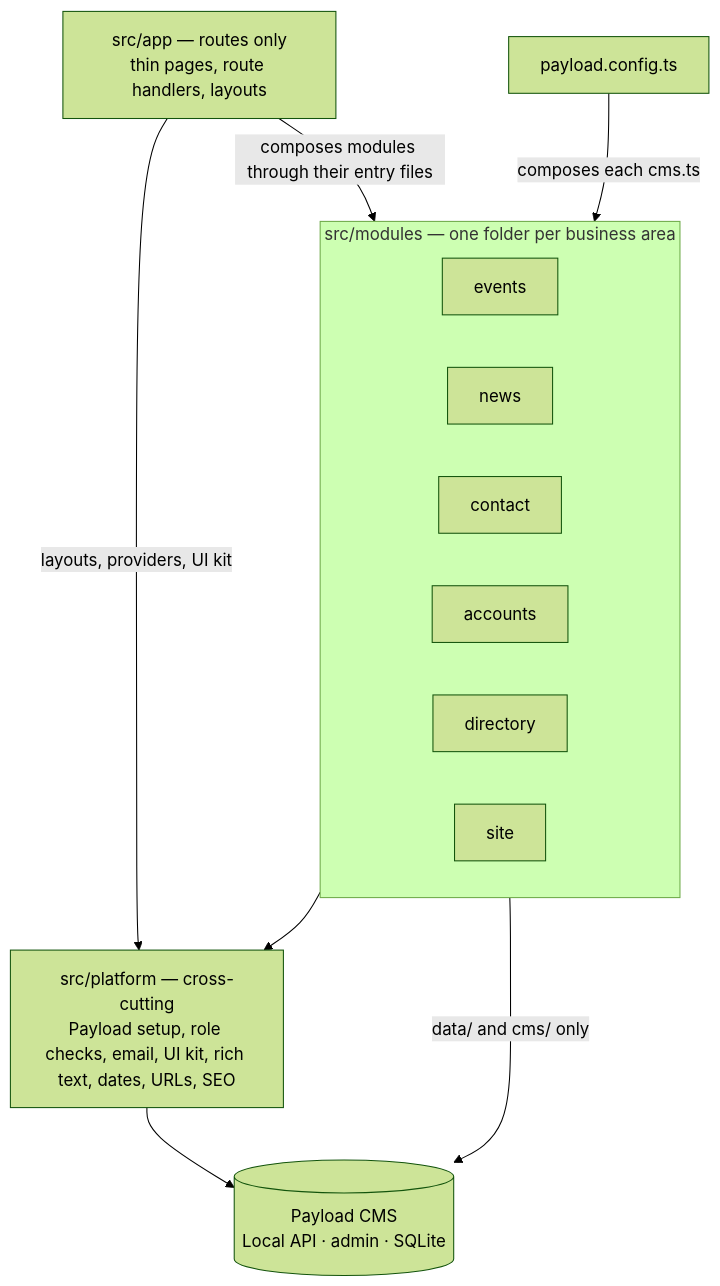
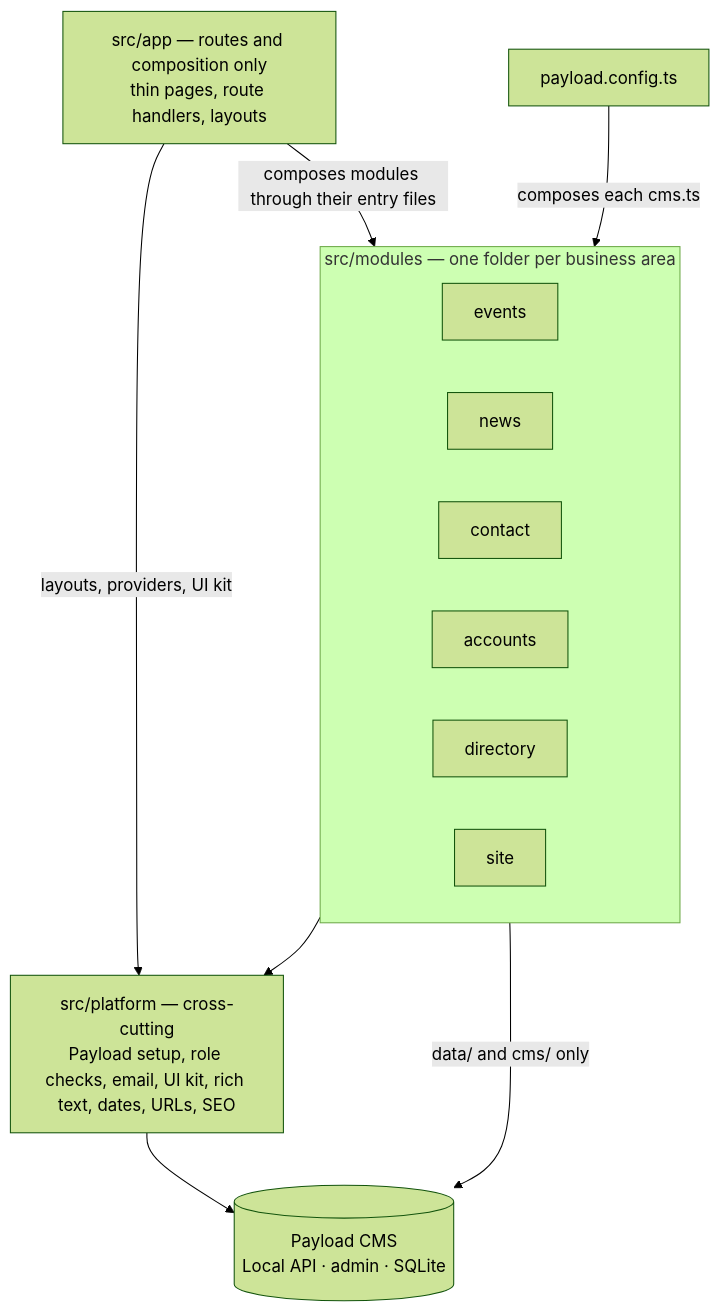
Before and after one commit to boulaajaj/sprecher-east-neighborhood-website: the diagram in docs/architecture/README.md, drawn with Mermaid (forest theme). The commit also changed other lines of this file and 6 other files, not shown here.

````diff
--- a/docs/architecture/README.md
+++ b/docs/architecture/README.md
@@ -17,22 +17,22 @@
 ```mermaid
 flowchart TD
-  app["src/app — routes only<br/>thin pages, route handlers, layouts"]
+  app["src/app — routes and composition only<br/>thin pages, route handlers, layouts"]
   config["payload.config.ts"]
   subgraph modules["src/modules — one folder per business area"]
     events[events]
     news[news]
     contact[contact]
     accounts[accounts]
     directory[directory]
     site[site]
   end
   platform["src/platform — cross-cutting<br/>Payload setup, role checks, email, UI kit, rich text, dates, URLs, SEO"]
   payload[("Payload CMS<br/>Local API · admin · SQLite")]
 
   app -->|"composes modules through their entry files"| modules
   app -->|"layouts, providers, UI kit"| platform
   config -->|"composes each cms.ts"| modules
   modules --> platform
   modules -->|"data/ and cms/ only"| payload
   platform --> payload
 ```
````
